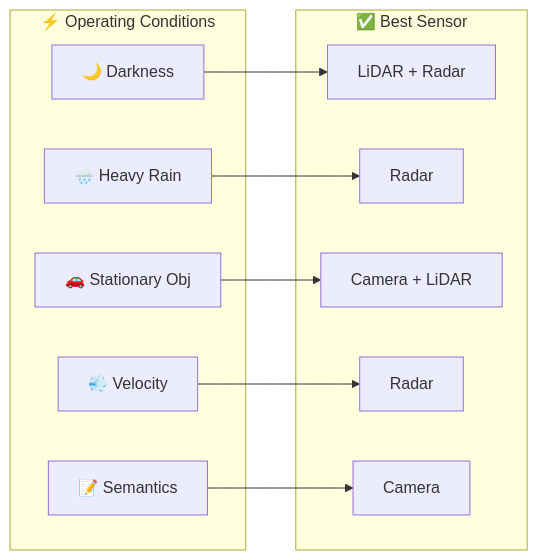
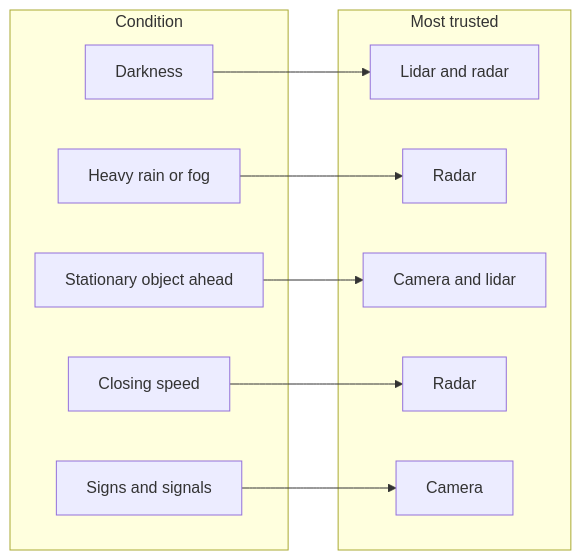
One commit to gopikrishtummala/gopikrishtummala.github.io changed the second of 2 diagrams in src/data/blog/robotics/autonomous-stack-module-2-sensors.md. Above: the diagram before and after it, drawn with Mermaid. The commit also changed other lines of this file and 8 other files, not shown here.

````diff
--- a/src/data/blog/robotics/autonomous-stack-module-2-sensors.md
+++ b/src/data/blog/robotics/autonomous-stack-module-2-sensors.md
@@ -184,24 +115,22 @@
 ```mermaid
-graph LR
-    subgraph Conditions["⚡ Operating Conditions"]
-        DARK[🌙 Darkness]
-        RAIN[🌧️ Heavy Rain]
-        STAT[🚗 Stationary Obj]
-        SPEED[💨 Velocity]
-        TEXT[📝 Semantics]
-    end
-
-    subgraph Winners["✅ Best Sensor"]
-        W1[LiDAR + Radar]
-        W2[Radar]
-        W3[Camera + LiDAR]
-        W4[Radar]
-        W5[Camera]
-    end
-
-    DARK --> W1
-    RAIN --> W2
-    STAT --> W3
-    SPEED --> W4
-    TEXT --> W5
+flowchart LR
+  subgraph Cond["Condition"]
+    DARK["Darkness"]
+    RAIN["Heavy rain or fog"]
+    STAT["Stationary object ahead"]
+    SPEED["Closing speed"]
+    TEXT["Signs and signals"]
+  end
+  subgraph Best["Most trusted"]
+    W1["Lidar and radar"]
+    W2["Radar"]
+    W3["Camera and lidar"]
+    W4["Radar"]
+    W5["Camera"]
+  end
+  DARK --> W1
+  RAIN --> W2
+  STAT --> W3
+  SPEED --> W4
+  TEXT --> W5
 ```
````
